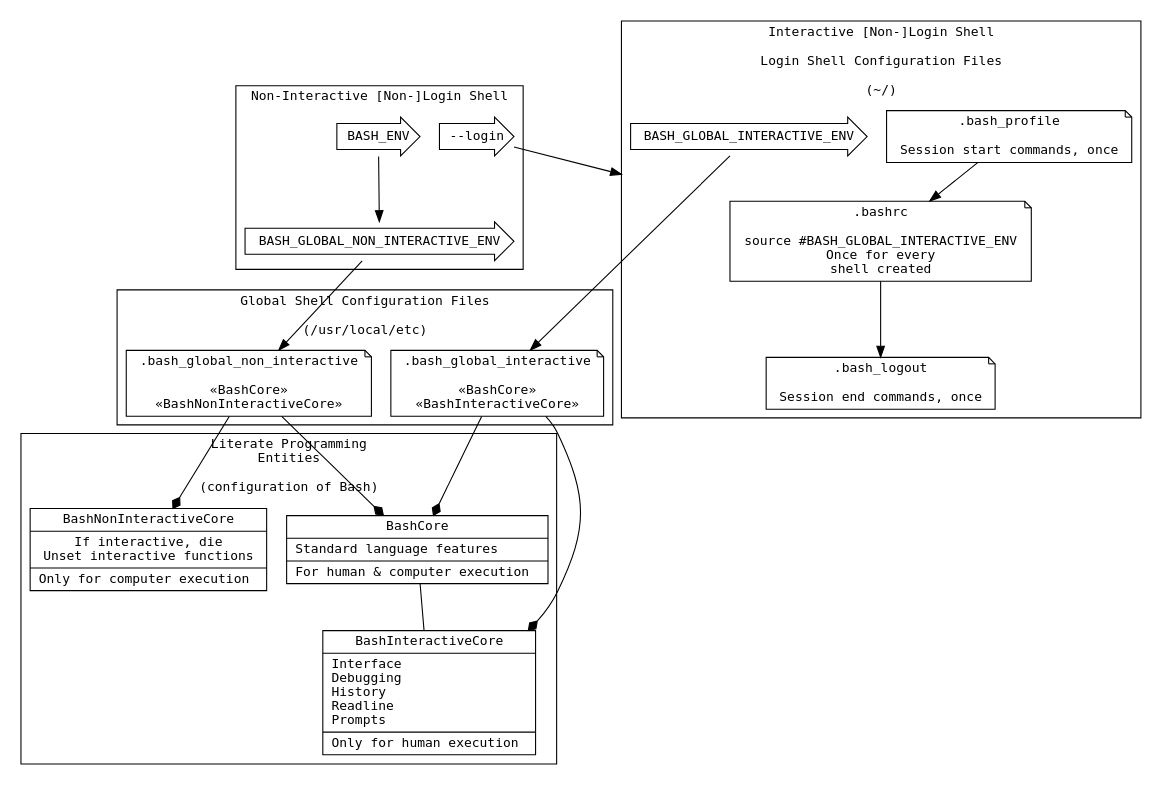
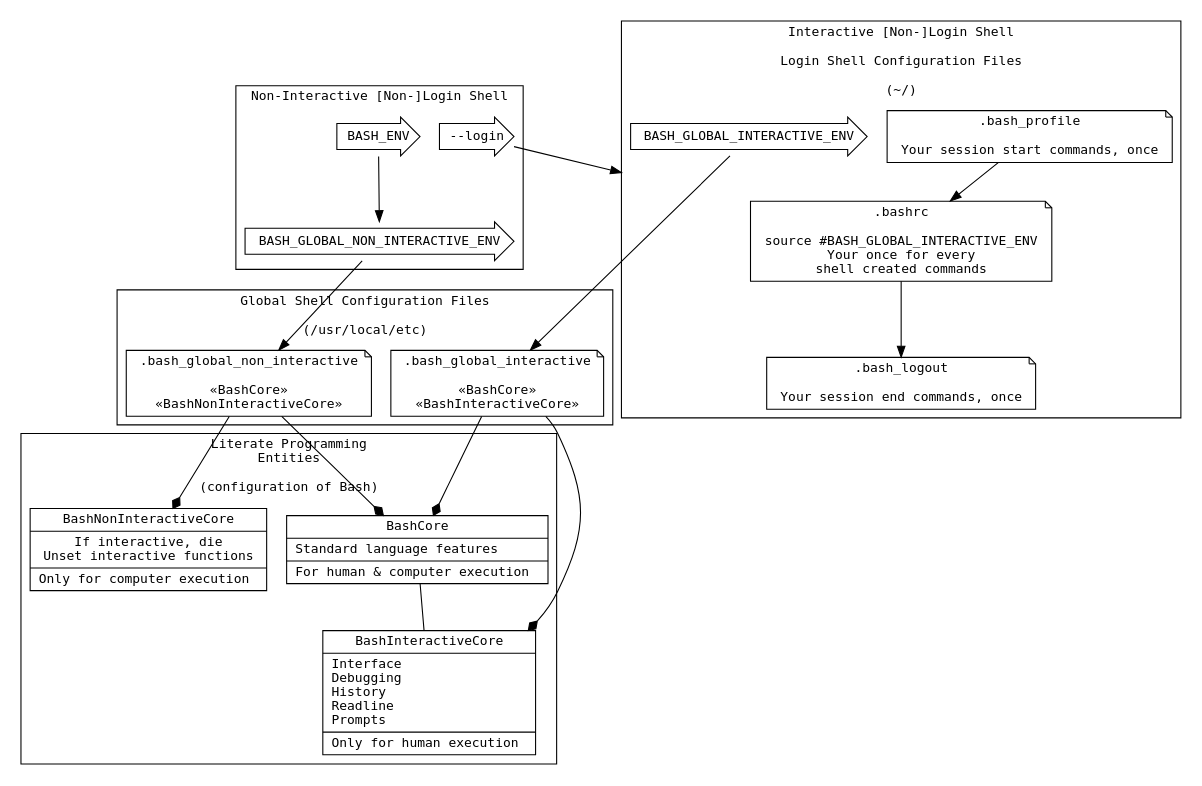
The diagram in bash.org (grettke/bash), drawn with Graphviz before and after one commit. The commit also changed 1 other file, not shown here.

```diff
--- a/bash.org
+++ b/bash.org
@@ -2436,42 +2436,42 @@
 #+BEGIN_SRC dot :file "./image/version04.png" :wrap "RESULTS"
 digraph version5 {
   fontname = "DejaVu Sans Mono";
   fontsize = 12;
   node [shape = "record" fontname = "DejaVu Sans Mono" fontsize = 12];
   compound = true;
   subgraph cluster_A {
     label = "Literate Programming\nEntities\n\n(configuration of Bash)";
     BashCore[label = "{BashCore|Standard language features\l|For human & computer execution\l}"];
     BashNonInteractiveCore[label = "{BashNonInteractiveCore|If interactive, die\nUnset interactive functions|Only for computer execution\l}"];
     BashInteractiveCore[label = "{BashInteractiveCore|Interface\lDebugging\lHistory\lReadline\lPrompts\l|Only for human execution\l}"];
   }
   subgraph cluster_B {
     label = "Global Shell Configuration Files\n\n(/usr/local/etc)";
     BashGlobalNonInteractiveFile[shape = "note" label = ".bash_global_non_interactive\n\n«BashCore»\n«BashNonInteractiveCore»"];
     BashGlobalInteractiveFile[shape = "note" label = ".bash_global_interactive\n\n«BashCore»\n«BashInteractiveCore»"];
   }
   subgraph cluster_C {
     label = "Interactive [Non-]Login Shell\n\nLogin Shell Configuration Files\n\n(~/)";
-    BashProfile[shape = "note" label = ".bash_profile\n\nSession start commands, once"];
-    BashRc[shape = "note" label = ".bashrc\n\nsource #BASH_GLOBAL_INTERACTIVE_ENV\nOnce for every\nshell created"];
-    BashLogout[shape = "note" label = ".bash_logout\n\nSession end commands, once"];
+    BashProfile[shape = "note" label = ".bash_profile\n\nYour session start commands, once"];
+    BashRc[shape = "note" label = ".bashrc\n\nsource #BASH_GLOBAL_INTERACTIVE_ENV\nYour once for every\nshell created commands"];
+    BashLogout[shape = "note" label = ".bash_logout\n\nYour session end commands, once"];
     BashGlobalInteractiveProp [shape = "rarrow" label = "BASH_GLOBAL_INTERACTIVE_ENV"];
   }
   subgraph cluster_D {
     label = "Non-Interactive [Non-]Login Shell";
     BashEnv [shape = "rarrow" label = "BASH_ENV"];
     BashGlobalNonInteractiveProp [shape = "rarrow" label = "BASH_GLOBAL_NON_INTERACTIVE_ENV"];
     BashNonInteractiveLoginInit [shape = "rarrow" label="--login"];
   }
   BashCore -> BashInteractiveCore [arrowhead=none];
   BashProfile -> BashRc;
   BashRc -> BashLogout;
   BashEnv -> BashGlobalNonInteractiveProp -> BashGlobalNonInteractiveFile;
   BashGlobalInteractiveProp -> BashGlobalInteractiveFile;
   BashNonInteractiveLoginInit -> BashRc [lhead=cluster_C];
   BashGlobalInteractiveFile -> BashCore [arrowhead=diamond];
   BashGlobalInteractiveFile -> BashInteractiveCore [arrowhead=diamond];
   BashGlobalNonInteractiveFile -> BashCore [arrowhead=diamond];
   BashGlobalNonInteractiveFile -> BashNonInteractiveCore [arrowhead=diamond];
 }
 #+END_SRC
```
